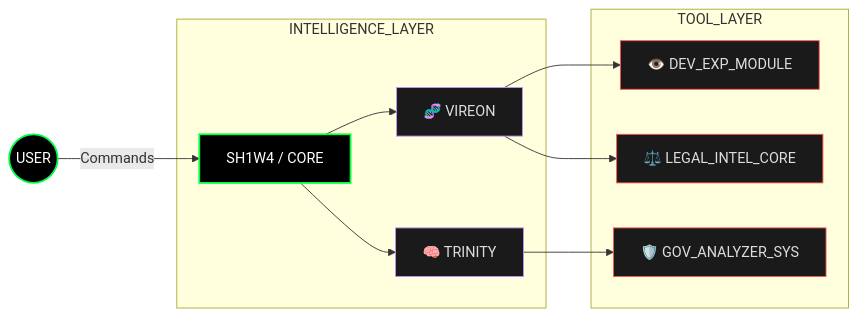
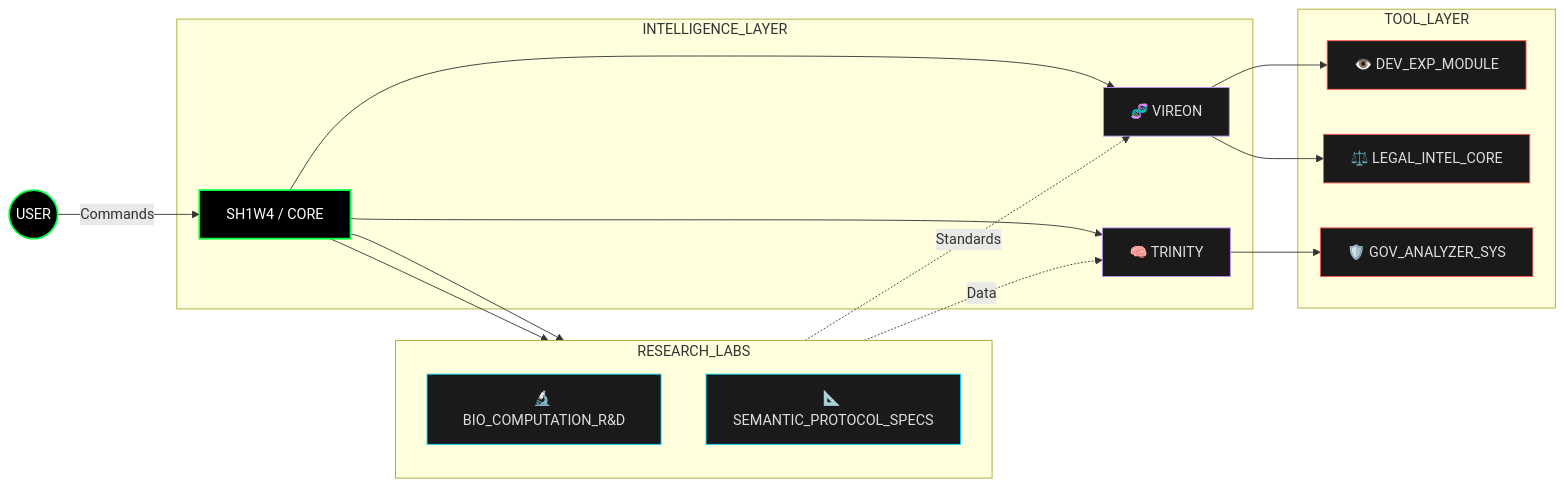
One commit to SH1W4/sh1w4 changed the diagram in README.md. Above: the diagram before and after it, drawn with Mermaid. The commit also changed other lines of this file, not shown here.

Commit message:
docs: add research sector to architecture to reflect academic foundation

````diff
--- a/README.md
+++ b/README.md
@@ -57,23 +57,32 @@
 ```mermaid
 graph LR
     %% Theme: Dark Cyberpunk
     classDef core fill:#000,stroke:#00ff41,stroke-width:2px,color:#fff;
     classDef agent fill:#1a1a1a,stroke:#bd93f9,stroke-width:1px,color:#ddd;
     classDef tool fill:#1a1a1a,stroke:#ff5555,stroke-width:1px,color:#ddd;
 
     User((USER)):::core -->|Commands| Core[SH1W4 / CORE]:::core
     
     subgraph INTELLIGENCE_LAYER
         Core --> VIREON[🧬 VIREON]:::agent
         Core --> TRINITY[🧠 TRINITY]:::agent
     end
     
     subgraph TOOL_LAYER
         VIREON --> DX_KIT[👁️ DEV_EXP_MODULE]:::tool
         VIREON --> LEGAL[⚖️ LEGAL_INTEL_CORE]:::tool
         TRINITY --> GOV[🛡️ GOV_ANALYZER_SYS]:::tool
     end
+
+    subgraph RESEARCH_LABS
+        direction TB
+        Core --> BIO[🔬 BIO_COMPUTATION_R&D]:::research
+        Core --> PROTO[📐 SEMANTIC_PROTOCOL_SPECS]:::research
+    end
     
-    %% Links Removed for Confidentiality
+    %% Research feeds Intelligence
+    BIO -.->|Data| TRINITY
+    PROTO -.->|Standards| VIREON
 
+    classDef research fill:#1a1a1a,stroke:#00d9ff,stroke-width:1px,color:#ddd;
 ```
````
